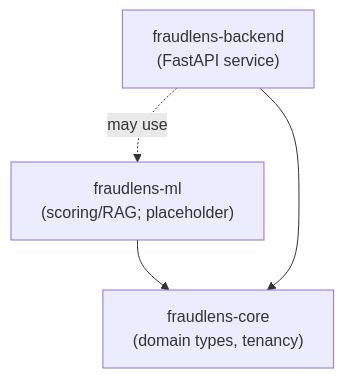
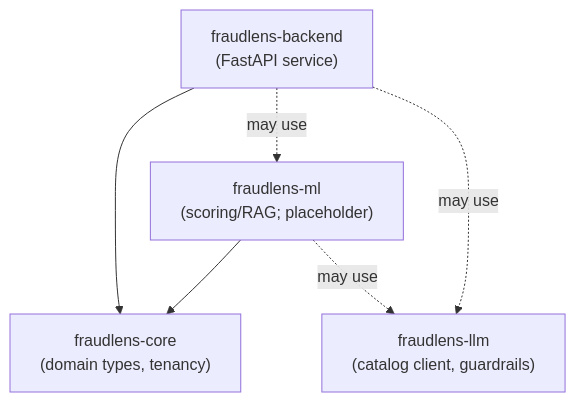
The seventh of 8 diagrams in docs/architecture/ARCHITECTURE.md (Kartik-Hirijaganer/FraudLens), drawn with Mermaid before and after one commit. The commit also changed other lines of this file and 36 other files, not shown here.

````diff
--- a/docs/architecture/ARCHITECTURE.md
+++ b/docs/architecture/ARCHITECTURE.md
@@ -144,9 +164,12 @@
 ```mermaid
 graph TD
     core["fraudlens-core<br/>(domain types, tenancy)"]
+    llm["fraudlens-llm<br/>(catalog client, guardrails)"]
     ml["fraudlens-ml<br/>(scoring/RAG; placeholder)"]
     backend["fraudlens-backend<br/>(FastAPI service)"]
     ml --> core
     backend --> core
+    backend -.may use.-> llm
     backend -.may use.-> ml
+    ml -.may use.-> llm
 ```
````
